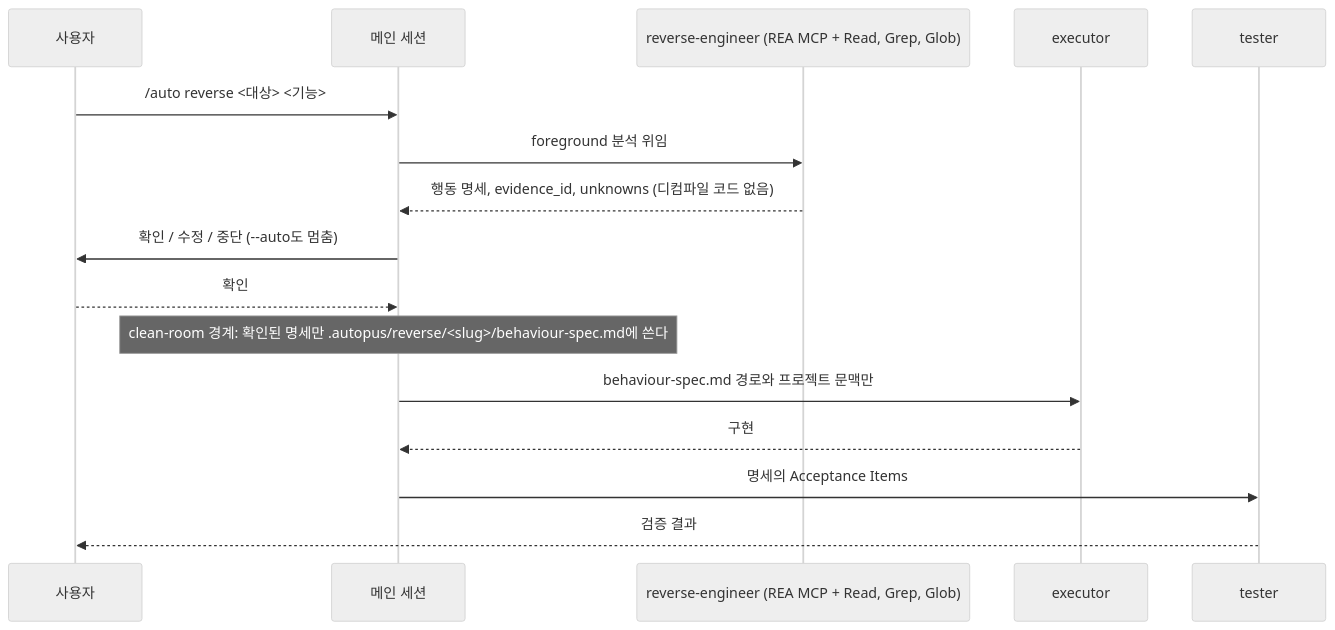
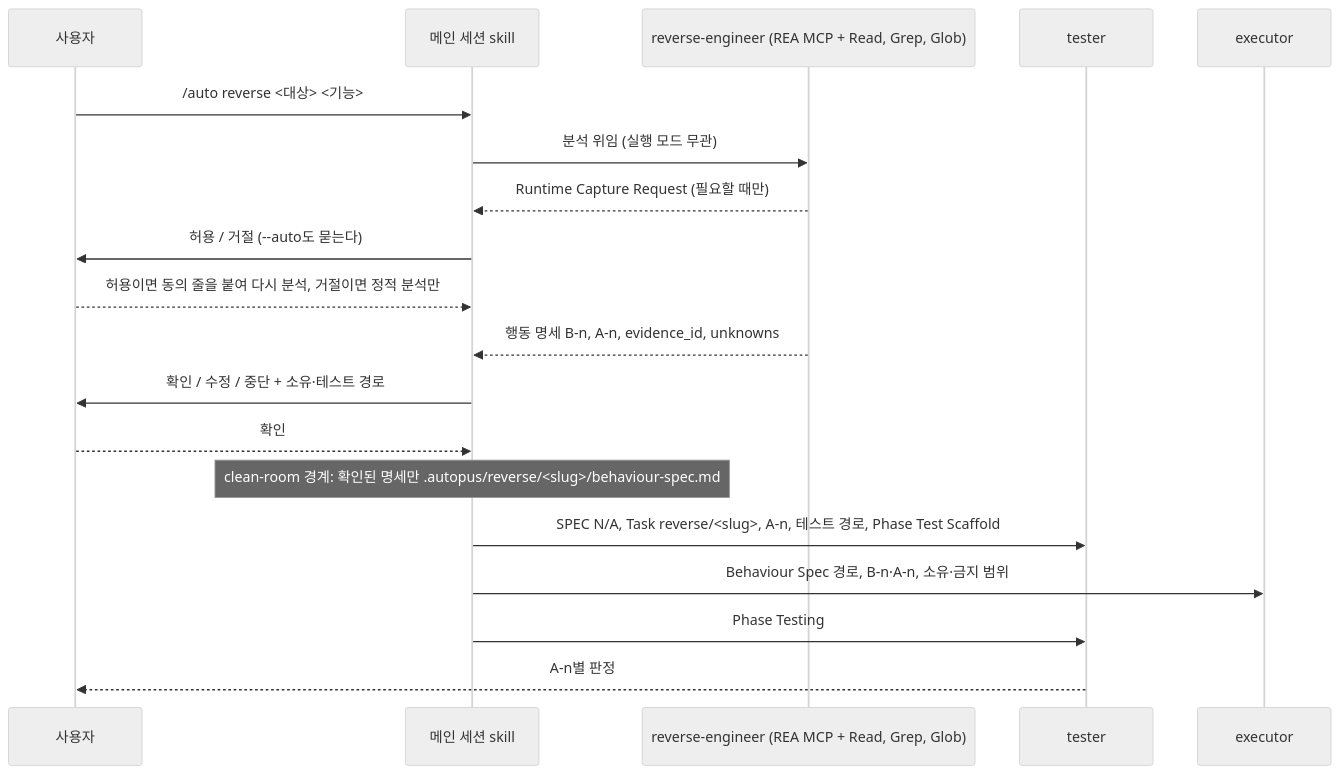
One commit to Oscar-Williams/autopus-adk changed the second of 2 diagrams in .autopus/specs/SPEC-REA-001/plan.md. Above: the diagram before and after it, drawn with Mermaid (neutral theme). The commit also changed other lines of this file and 4 other files, not shown here.

````diff
--- a/.autopus/specs/SPEC-REA-001/plan.md
+++ b/.autopus/specs/SPEC-REA-001/plan.md
@@ -64,18 +69,21 @@
 ```mermaid
 sequenceDiagram
   participant U as 사용자
-  participant M as 메인 세션
+  participant M as 메인 세션 skill
   participant R as reverse-engineer (REA MCP + Read, Grep, Glob)
+  participant T as tester
   participant E as executor
-  participant T as tester
   U->>M: /auto reverse <대상> <기능>
-  M->>R: foreground 분석 위임
-  R-->>M: 행동 명세, evidence_id, unknowns (디컴파일 코드 없음)
-  M->>U: 확인 / 수정 / 중단 (--auto도 멈춤)
+  M->>R: 분석 위임 (실행 모드 무관)
+  R-->>M: Runtime Capture Request (필요할 때만)
+  M->>U: 허용 / 거절 (--auto도 묻는다)
+  U-->>M: 허용이면 동의 줄을 붙여 다시 분석, 거절이면 정적 분석만
+  R-->>M: 행동 명세 B-n, A-n, evidence_id, unknowns
+  M->>U: 확인 / 수정 / 중단 + 소유·테스트 경로
   U-->>M: 확인
-  Note over M: clean-room 경계: 확인된 명세만 .autopus/reverse/<slug>/behaviour-spec.md에 쓴다
-  M->>E: behaviour-spec.md 경로와 프로젝트 문맥만
-  E-->>M: 구현
-  M->>T: 명세의 Acceptance Items
-  T-->>U: 검증 결과
+  Note over M: clean-room 경계: 확인된 명세만 .autopus/reverse/<slug>/behaviour-spec.md
+  M->>T: SPEC N/A, Task reverse/<slug>, A-n, 테스트 경로, Phase Test Scaffold
+  M->>E: Behaviour Spec 경로, B-n·A-n, 소유·금지 범위
+  M->>T: Phase Testing
+  T-->>U: A-n별 판정
 ```
````
